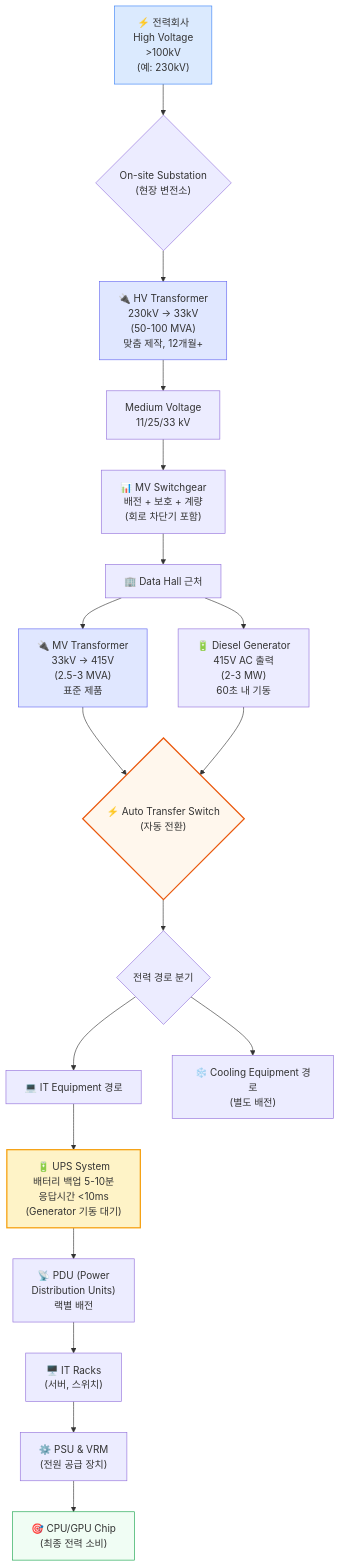
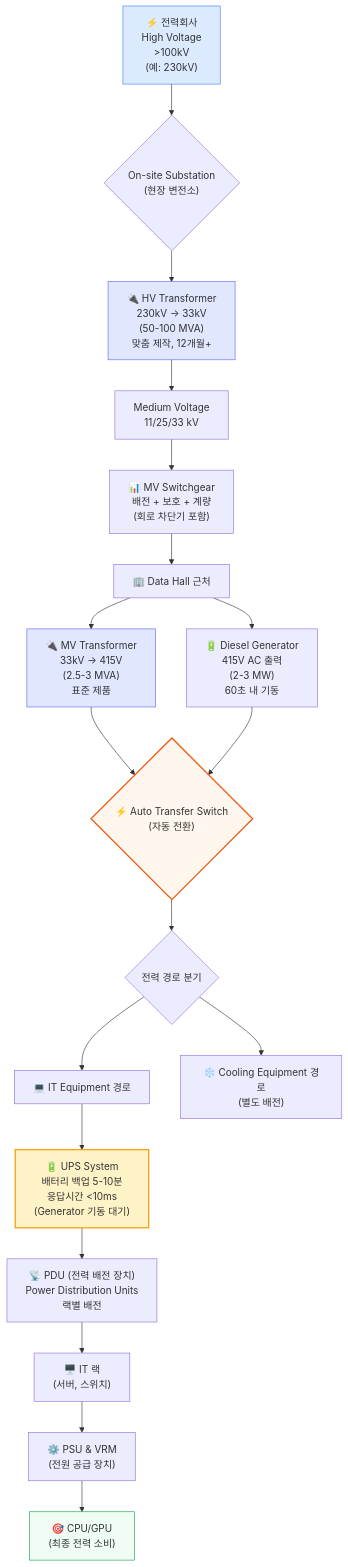
Before and after one commit to yohan4477/semi-report: the seventh of 10 diagrams in 원본 해석/[2024-10-14] 데이터센터 해부학 Part 1 - 전기 시스템.md, drawn with Mermaid. The commit also changed other lines of this file and 1 other file, not shown here.

````diff
--- a/원본 해석/[2024-10-14] 데이터센터 해부학 Part 1 - 전기 시스템.md
+++ b/원본 해석/[2024-10-14] 데이터센터 해부학 Part 1 - 전기 시스템.md
@@ -317,34 +317,34 @@
 ```mermaid
 flowchart TD
     Utility["⚡ 전력회사<br/>High Voltage<br/>&gt;100kV<br/>(예: 230kV)"] --> Substation{"On-site Substation<br/>(현장 변전소)"}
 
     Substation --> HVTransformer["🔌 HV Transformer<br/>230kV → 33kV<br/>(50-100 MVA)<br/>맞춤 제작, 12개월+"]
     HVTransformer --> MVPower["Medium Voltage<br/>11/25/33 kV"]
 
     MVPower --> MVSwitchgear["📊 MV Switchgear<br/>배전 + 보호 + 계량<br/>(회로 차단기 포함)"]
     MVSwitchgear --> DataHall["🏢 Data Hall 근처"]
 
     DataHall --> MVTransformer["🔌 MV Transformer<br/>33kV → 415V<br/>(2.5-3 MVA)<br/>표준 제품"]
     DataHall --> Generator["🔋 Diesel Generator<br/>415V AC 출력<br/>(2-3 MW)<br/>60초 내 기동"]
 
     MVTransformer --> ATS{"⚡ Auto Transfer Switch<br/>(자동 전환)"}
     Generator --> ATS
 
     ATS --> TwoPath{"전력 경로 분기"}
 
     TwoPath --> ITPath["💻 IT Equipment 경로"]
     TwoPath --> CoolingPath["❄️ Cooling Equipment 경로<br/>(별도 배전)"]
 
     ITPath --> UPS["🔋 UPS System<br/>배터리 백업 5-10분<br/>응답시간 &lt;10ms<br/>(Generator 기동 대기)"]
-    UPS --> PDU["📡 PDU (Power<br/>Distribution Units)<br/>랙별 배전"]
-    PDU --> Rack["🖥️ IT Racks<br/>(서버, 스위치)"]
+    UPS --> PDU["📡 PDU (전력 배전 장치)<br/>Power Distribution Units<br/>랙별 배전"]
+    PDU --> Rack["🖥️ IT 랙<br/>(서버, 스위치)"]
     Rack --> PSU["⚙️ PSU & VRM<br/>(전원 공급 장치)"]
-    PSU --> Chip["🎯 CPU/GPU Chip<br/>(최종 전력 소비)"]
+    PSU --> Chip["🎯 CPU/GPU<br/>(최종 전력 소비)"]
 
     style Utility fill:#dbeafe,stroke:#3b82f6
     style HVTransformer fill:#e0e7ff,stroke:#6366f1
     style MVTransformer fill:#e0e7ff,stroke:#6366f1
     style ATS fill:#fff7ed,stroke:#ea580c,stroke-width:2px
     style UPS fill:#fef3c7,stroke:#f59e0b,stroke-width:2px
     style Chip fill:#f0fdf4,stroke:#16a34a
 ```
````
